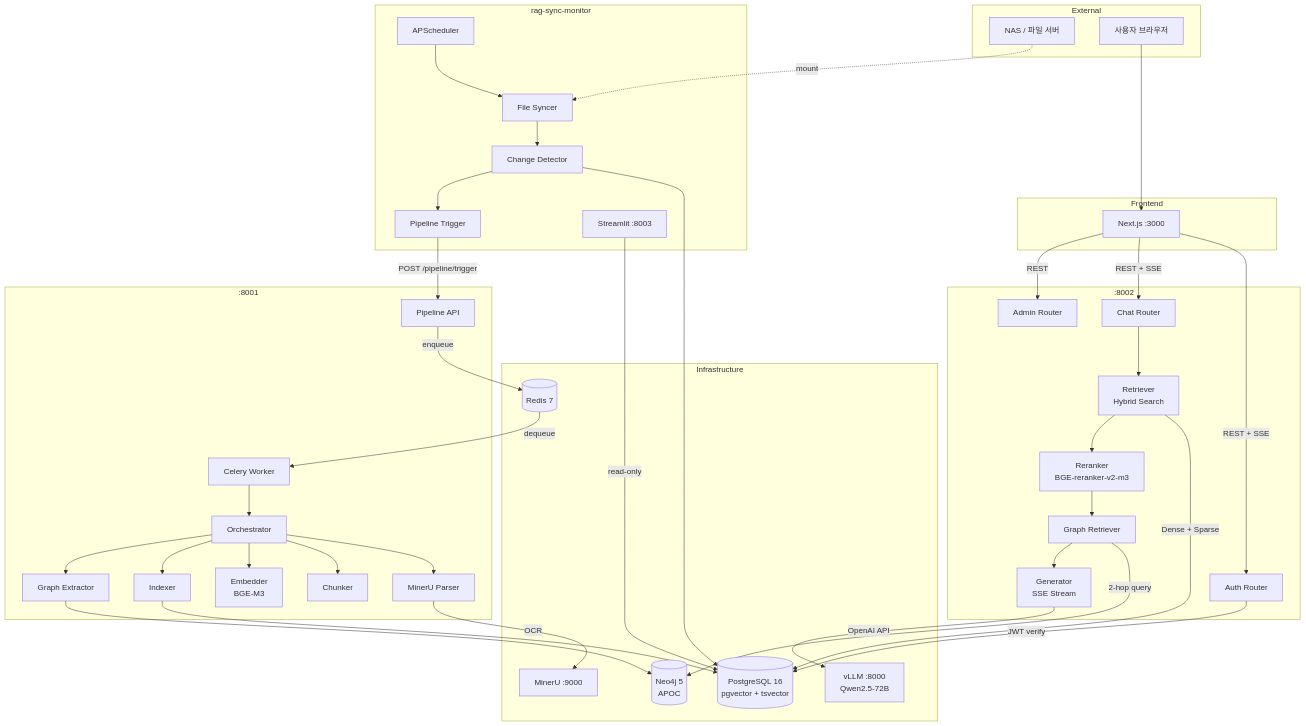
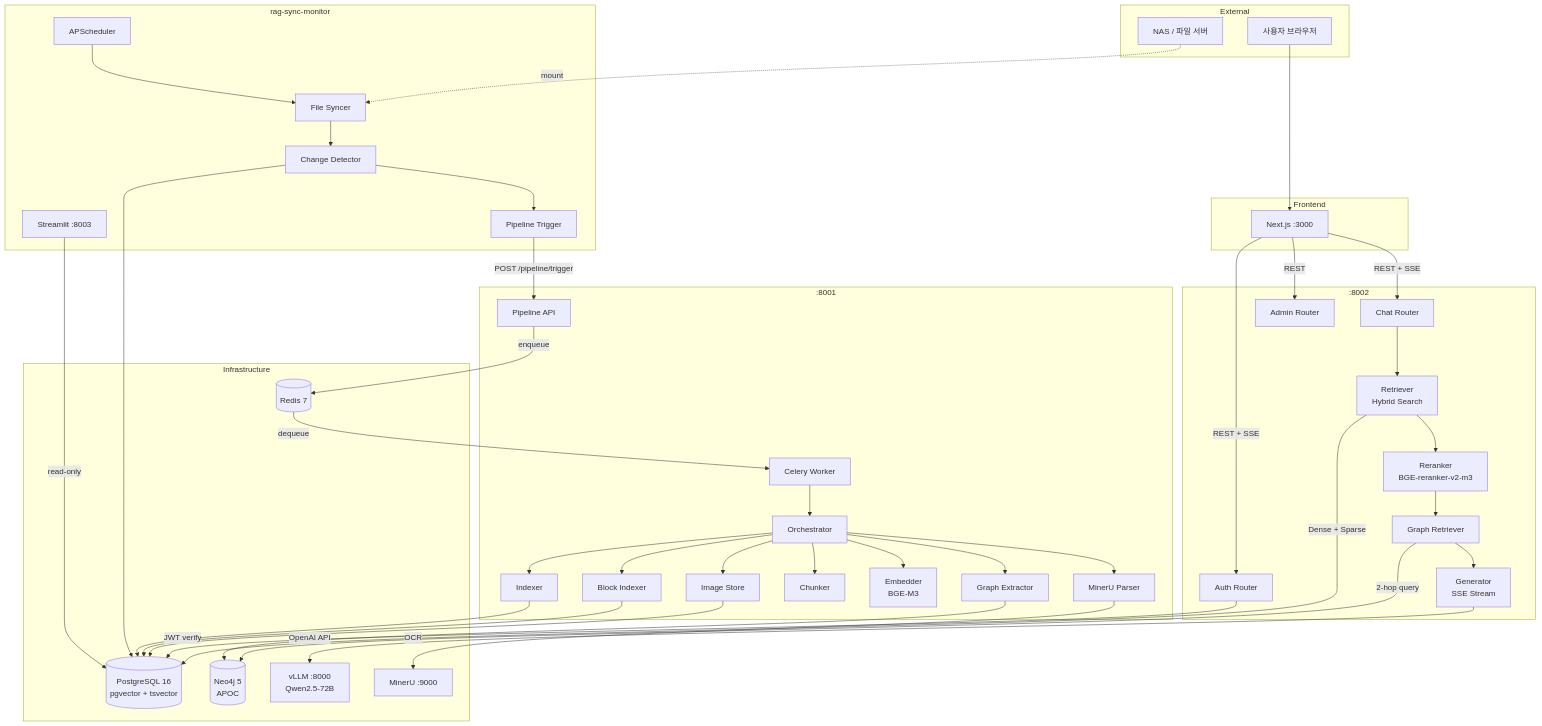
One commit to Saeeeae/llm-pdf-qa changed the first of 5 diagrams in docs/flowcharts.md. Above: the diagram before and after it, drawn with Mermaid. The commit also changed other lines of this file and 25 other files, not shown here.

```diff
--- a/docs/flowcharts.md
+++ b/docs/flowcharts.md
@@ -33,6 +33,8 @@
         PAPI[Pipeline API]
         ORC[Orchestrator]
         PARSE[MinerU Parser]
+        BLOCK[Block Indexer]
+        IMGSTORE[Image Store]
         CHUNK[Chunker]
         EMBED[Embedder<br/>BGE-M3]
         INDEX[Indexer]
@@ -75,6 +77,10 @@
     CELERY --> ORC
     ORC --> PARSE
     PARSE -->|OCR| MINERU
+    ORC --> IMGSTORE
+    IMGSTORE --> PG
+    ORC --> BLOCK
+    BLOCK --> PG
     ORC --> CHUNK
     ORC --> EMBED
     ORC --> INDEX
```
